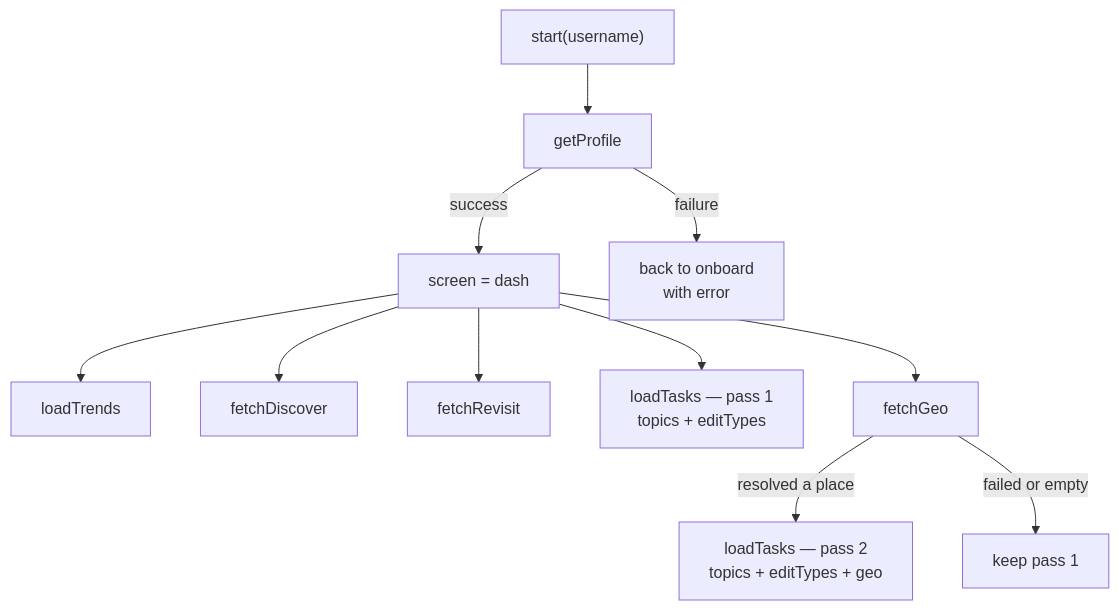
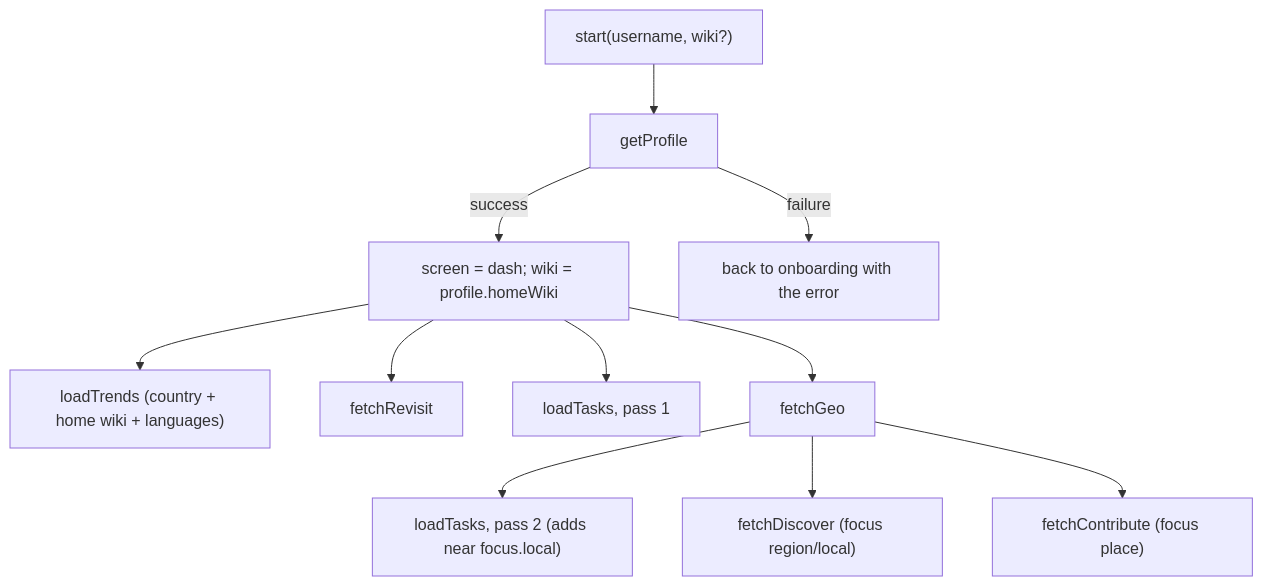
The second of 2 diagrams in wiki/Frontend-State.md (Wikimedians-of-Kerala-UG-Technical/Compass), drawn with Mermaid before and after one commit. The commit also changed other lines of this file and 16 other files, not shown here.

````diff
--- a/wiki/Frontend-State.md
+++ b/wiki/Frontend-State.md
@@ -50,13 +51,13 @@
 ```mermaid
 flowchart TB
-    A["start(username)"] --> B["getProfile"]
-    B -->|success| C["screen = dash"]
-    B -->|failure| Z["back to onboard<br/>with error"]
-    C --> D["loadTrends"]
-    C --> E["fetchDiscover"]
+    A["start(username, wiki?)"] --> B["getProfile"]
+    B -->|success| C["screen = dash; wiki = profile.homeWiki"]
+    B -->|failure| Z["back to onboarding with the error"]
+    C --> D["loadTrends (country + home wiki + languages)"]
     C --> F["fetchRevisit"]
-    C --> G["loadTasks — pass 1<br/>topics + editTypes"]
+    C --> G["loadTasks, pass 1"]
     C --> H["fetchGeo"]
-    H -->|"resolved a place"| I["loadTasks — pass 2<br/>topics + editTypes + geo"]
-    H -->|"failed or empty"| J["keep pass 1"]
+    H --> I["loadTasks, pass 2 (adds near focus.local)"]
+    H --> J["fetchDiscover (focus region/local)"]
+    H --> K["fetchContribute (focus place)"]
 ```
````
